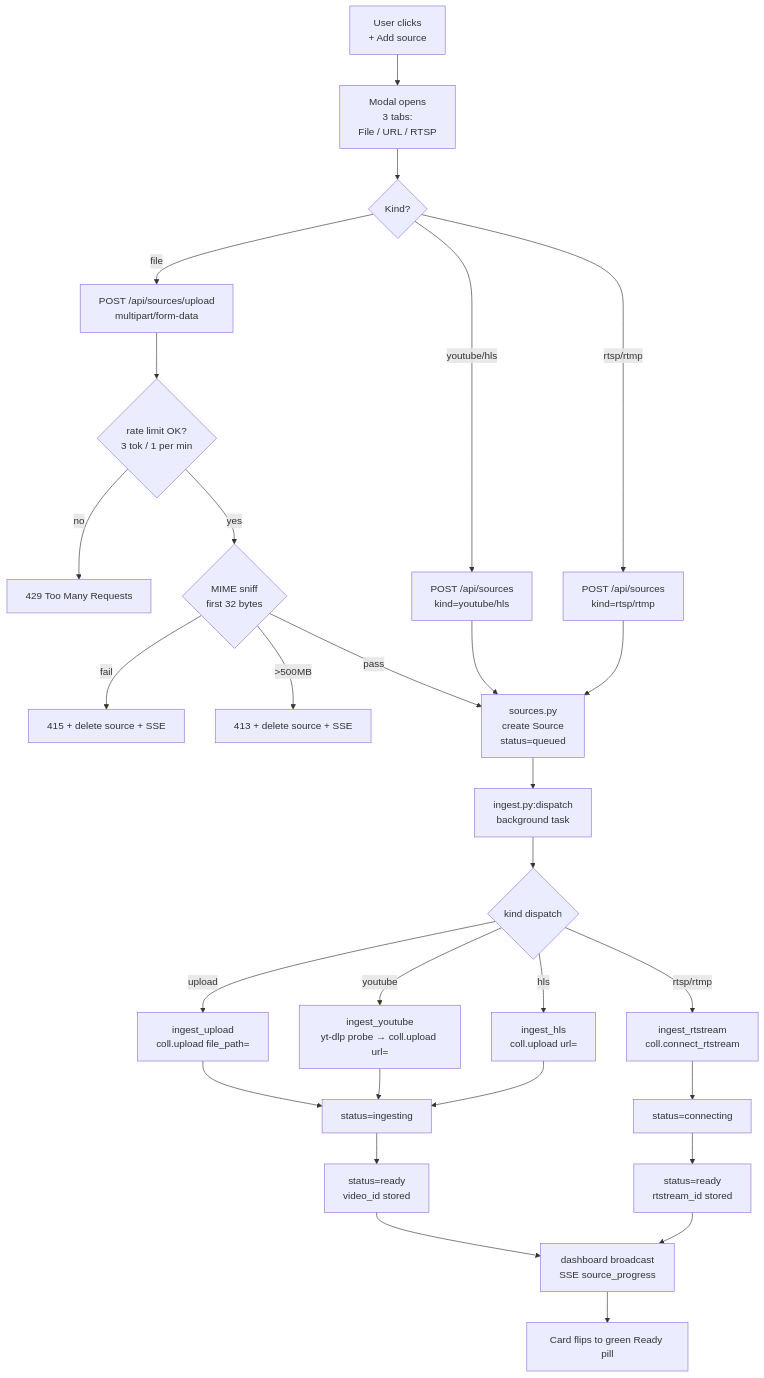
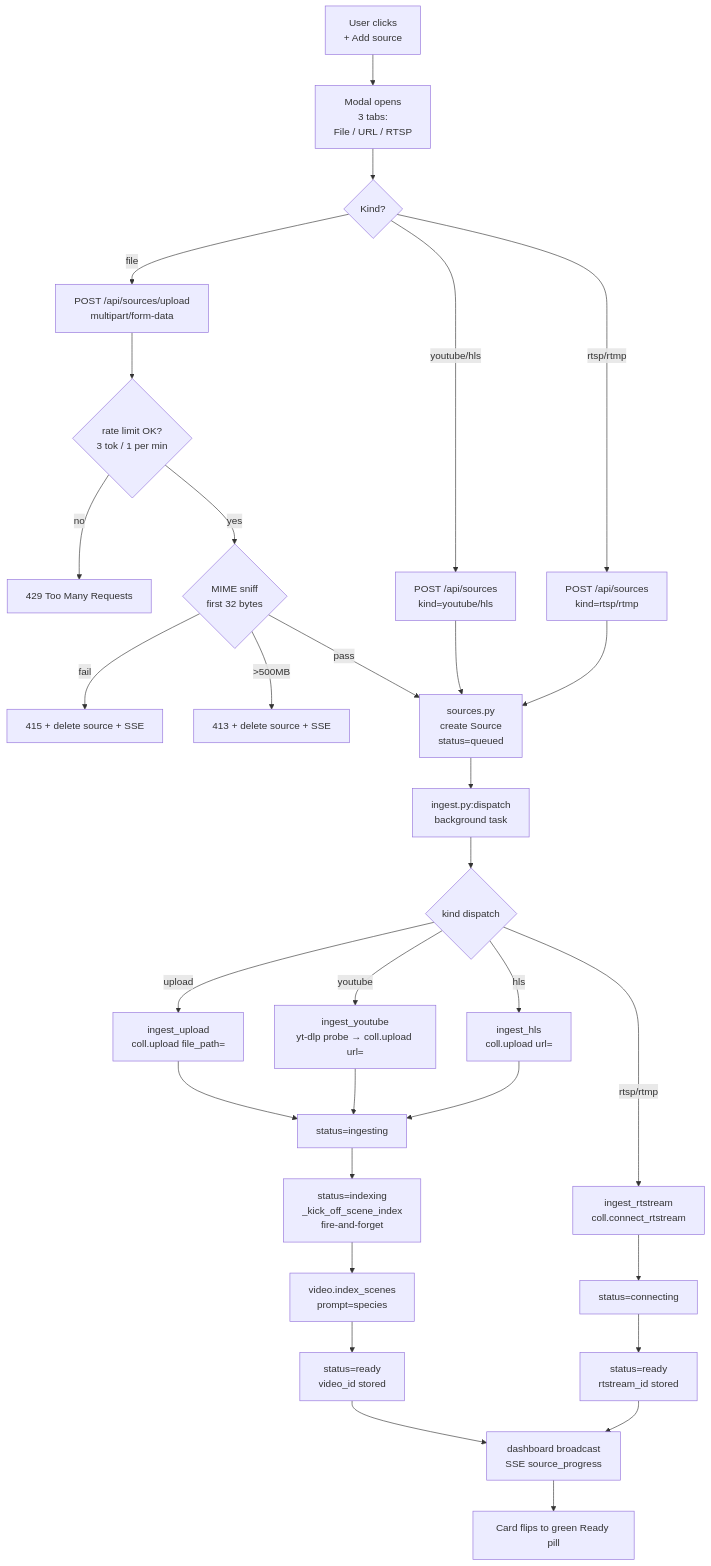
The second of 9 diagrams in docs/FEATURE_FLOWS.md (skalkii/wildwatch), drawn with Mermaid before and after one commit. The commit also changed other lines of this file and 6 other files, not shown here.

````diff
--- a/docs/FEATURE_FLOWS.md
+++ b/docs/FEATURE_FLOWS.md
@@ -60,31 +60,33 @@
 ```mermaid
 flowchart TD
     A[User clicks<br/>+ Add source] --> B[Modal opens<br/>3 tabs:<br/>File / URL / RTSP]
     B --> C{Kind?}
     C -->|file| D1[POST /api/sources/upload<br/>multipart/form-data]
     C -->|youtube/hls| D2[POST /api/sources<br/>kind=youtube/hls]
     C -->|rtsp/rtmp| D3[POST /api/sources<br/>kind=rtsp/rtmp]
     D1 --> RL{rate limit OK?<br/>3 tok / 1 per min}
     RL -->|no| RJ429[429 Too Many Requests]
     RL -->|yes| MS{MIME sniff<br/>first 32 bytes}
     MS -->|fail| RJ415[415 + delete source + SSE]
     MS -->|>500MB| RJ413[413 + delete source + SSE]
     MS -->|pass| E
     D2 --> E[sources.py<br/>create Source<br/>status=queued]
     D3 --> E
     E --> F[ingest.py:dispatch<br/>background task]
     F --> G{kind dispatch}
     G -->|upload| H1[ingest_upload<br/>coll.upload file_path=]
     G -->|youtube| H2[ingest_youtube<br/>yt-dlp probe → coll.upload url=]
     G -->|hls| H3[ingest_hls<br/>coll.upload url=]
     G -->|rtsp/rtmp| H4[ingest_rtstream<br/>coll.connect_rtstream]
     H1 --> I1[status=ingesting]
     H2 --> I1
     H3 --> I1
     H4 --> I2[status=connecting]
-    I1 --> J[status=ready<br/>video_id stored]
+    I1 --> AI1[status=indexing<br/>_kick_off_scene_index<br/>fire-and-forget]
+    AI1 --> AI2[video.index_scenes<br/>prompt=species]
+    AI2 --> J[status=ready<br/>video_id stored]
     I2 --> J2[status=ready<br/>rtstream_id stored]
     J --> K[dashboard broadcast<br/>SSE source_progress]
     J2 --> K
     K --> L[Card flips to green Ready pill]
 ```
````
